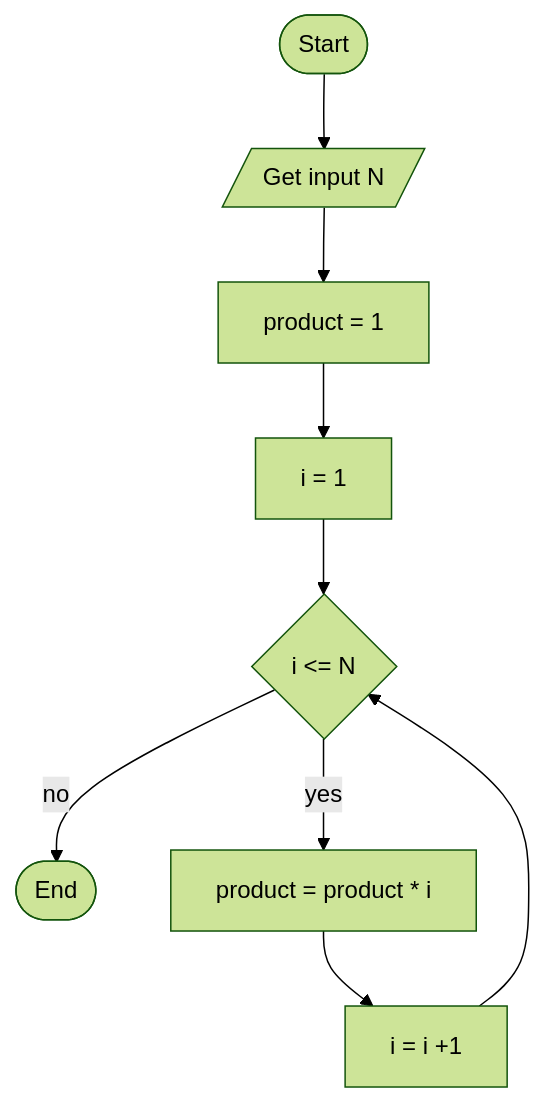
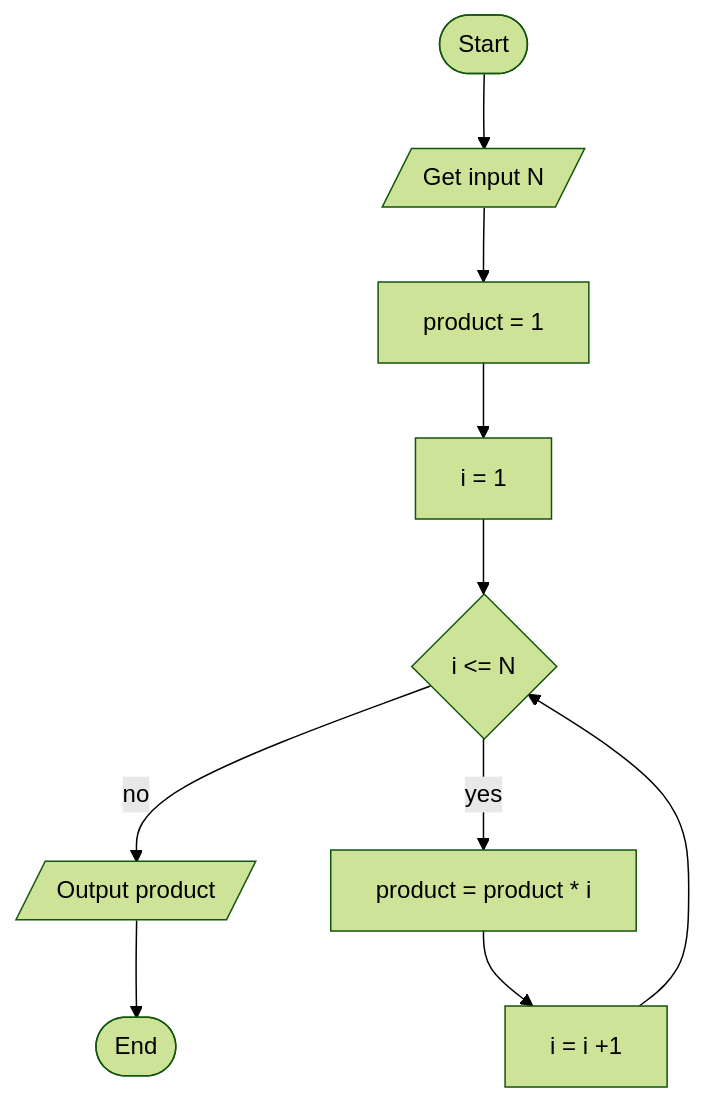
The eighth of 9 diagrams in README.md (AntonHallgren/Lexicon-Workshop-2-Algorithm-and-Flowchart), drawn with Mermaid (forest theme) before and after one commit. The commit also changed other lines of this file, not shown here.

Commit message:
I fixed a misstake in my flowcharts with loops, the condition chould be checked at the start of the repeated code rather than the end

````diff
--- a/README.md
+++ b/README.md
@@ -256,14 +264,15 @@
 ```mermaid
 flowchart TD
 start([Start]) -->
 input[/Get input N/] -->
 initProduct[product = 1] -->
 initCounter[i = 1] -->
 loop{i <= N} -- no -->
+output[/Output product/] -->
 END([End])
 
 loop -- yes -->
 calc[product = product * i] -->
 increment[i = i +1] -->
 loop
 ```
````
